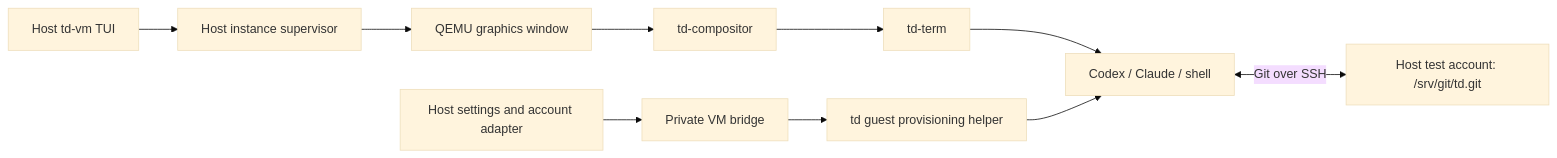
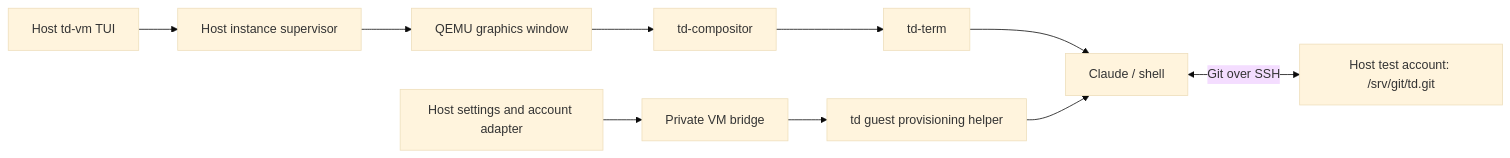
One commit to timmydo/td changed the first of 2 diagrams in td-vm/DESIGN.md. Above: the diagram before and after it, drawn with Mermaid (base theme). The commit also changed other lines of this file and 39 other files, not shown here.

````diff
--- a/td-vm/DESIGN.md
+++ b/td-vm/DESIGN.md
@@ -138,12 +138,12 @@
 ```mermaid
 flowchart LR
     TUI[Host td-vm TUI] --> Supervisor[Host instance supervisor]
     Supervisor --> QEMU[QEMU graphics window]
     QEMU --> Compositor[td-compositor]
     Compositor --> Terminal[td-term]
-    Terminal --> Agent[Codex / Claude / shell]
+    Terminal --> Agent[Claude / shell]
     Host[Host settings and account adapter] --> Bridge[Private VM bridge]
     Bridge --> Guest[td guest provisioning helper]
     Guest --> Agent
     Agent <-->|Git over SSH| Repo[Host test account: /srv/git/td.git]
 ```
````
